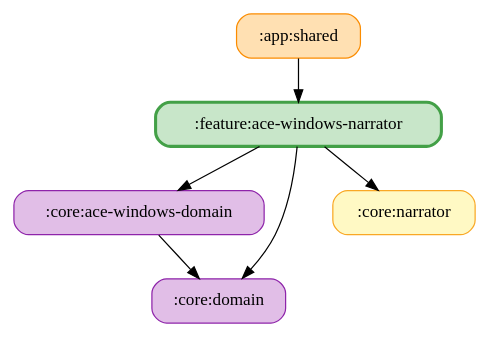
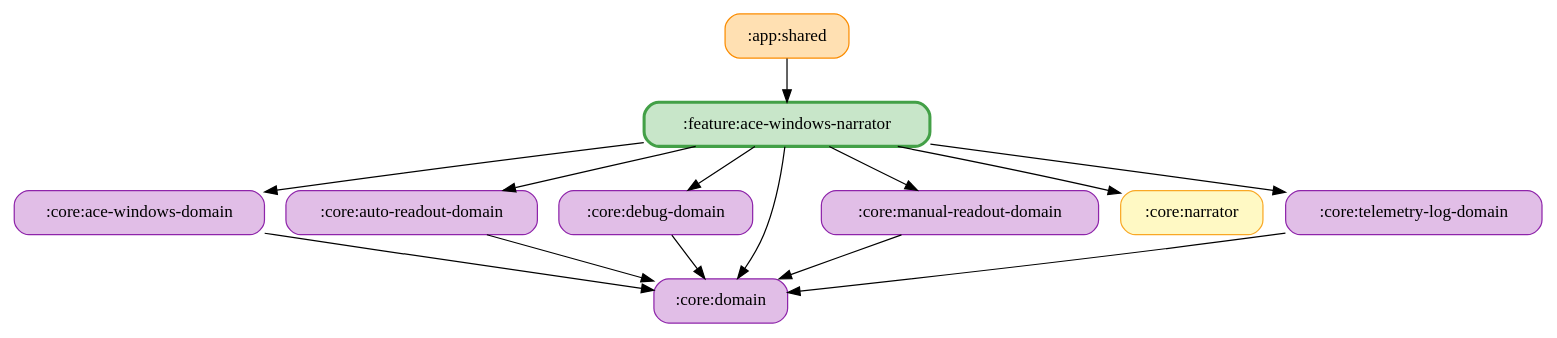
The diagram in docs/graphs/feature-ace-windows-narrator.gv (ai-kurou/KoDriver), drawn with Graphviz before and after one commit. The commit also changed 1047 other files, not shown here.

```diff
--- a/docs/graphs/feature-ace-windows-narrator.gv
+++ b/docs/graphs/feature-ace-windows-narrator.gv
@@ -1,14 +1,26 @@
 digraph G {
   rankdir=TB
   node [shape=box, style="rounded,filled"]
   ":app:shared" [fillcolor="#FFE0B2", color="#FB8C00", penwidth=1]
   ":core:ace-windows-domain" [fillcolor="#E1BEE7", color="#8E24AA", penwidth=1]
+  ":core:auto-readout-domain" [fillcolor="#E1BEE7", color="#8E24AA", penwidth=1]
+  ":core:debug-domain" [fillcolor="#E1BEE7", color="#8E24AA", penwidth=1]
   ":core:domain" [fillcolor="#E1BEE7", color="#8E24AA", penwidth=1]
+  ":core:manual-readout-domain" [fillcolor="#E1BEE7", color="#8E24AA", penwidth=1]
   ":core:narrator" [fillcolor="#FFF9C4", color="#F9A825", penwidth=1]
+  ":core:telemetry-log-domain" [fillcolor="#E1BEE7", color="#8E24AA", penwidth=1]
   ":feature:ace-windows-narrator" [fillcolor="#C8E6C9", color="#43A047", penwidth=2.5]
   ":app:shared" -> ":feature:ace-windows-narrator"
   ":core:ace-windows-domain" -> ":core:domain"
+  ":core:auto-readout-domain" -> ":core:domain"
+  ":core:debug-domain" -> ":core:domain"
+  ":core:manual-readout-domain" -> ":core:domain"
+  ":core:telemetry-log-domain" -> ":core:domain"
   ":feature:ace-windows-narrator" -> ":core:domain"
+  ":feature:ace-windows-narrator" -> ":core:auto-readout-domain"
+  ":feature:ace-windows-narrator" -> ":core:telemetry-log-domain"
   ":feature:ace-windows-narrator" -> ":core:ace-windows-domain"
+  ":feature:ace-windows-narrator" -> ":core:debug-domain"
+  ":feature:ace-windows-narrator" -> ":core:manual-readout-domain"
   ":feature:ace-windows-narrator" -> ":core:narrator"
 }
```
